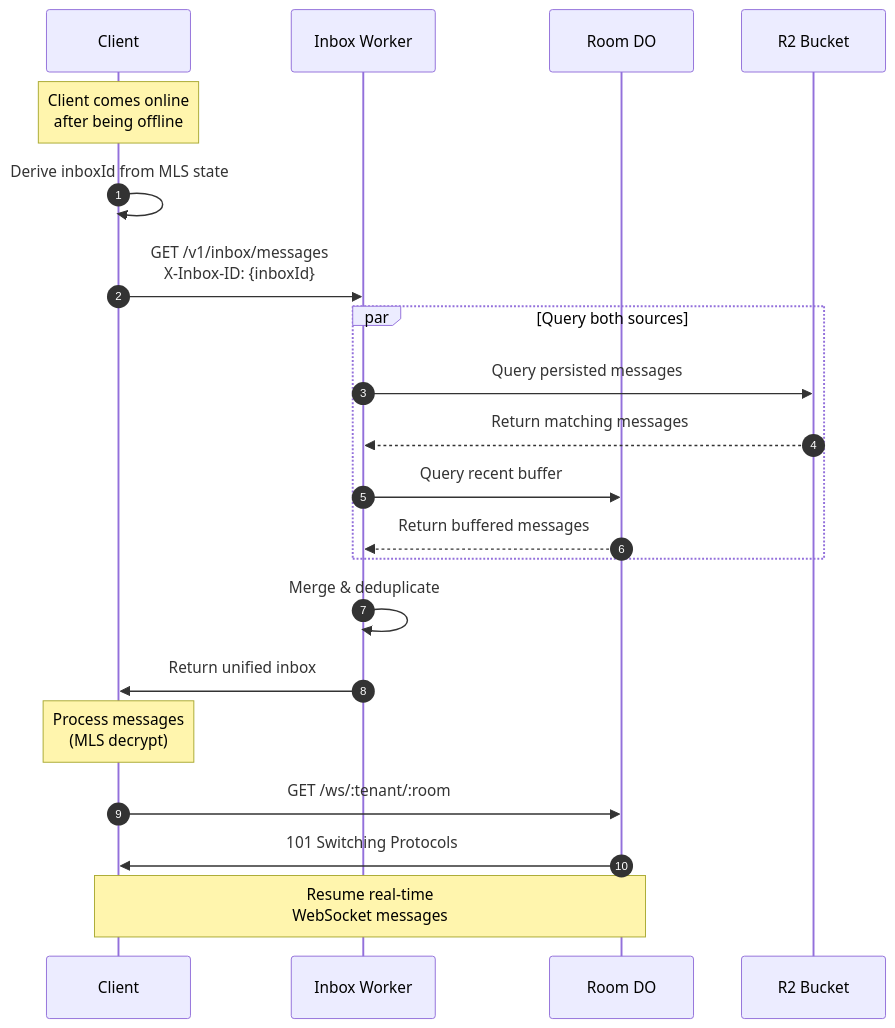
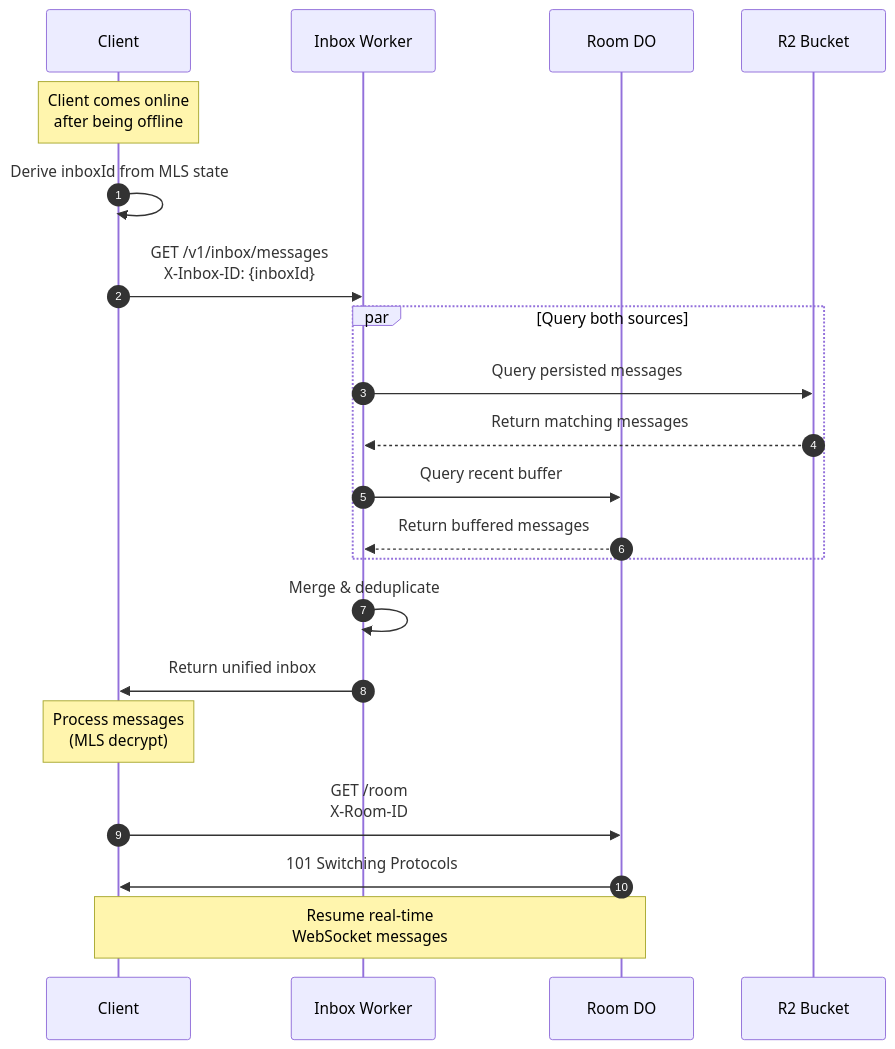
One commit to tunnl3d/design changed the fourth of 4 diagrams in infra-cf/data-plane.md. Above: the diagram before and after it, drawn with Mermaid. The commit also changed other lines of this file, not shown here.

````diff
--- a/infra-cf/data-plane.md
+++ b/infra-cf/data-plane.md
@@ -350,30 +378,30 @@
 ```mermaid
 sequenceDiagram
     autonumber
     participant C as Client
     participant IW as Inbox Worker
     participant DO as Room DO
     participant R2 as R2 Bucket
 
     Note over C: Client comes online<br/>after being offline
 
     C->>C: Derive inboxId from MLS state
     C->>IW: GET /v1/inbox/messages<br/>X-Inbox-ID: {inboxId}
     
     par Query both sources
         IW->>R2: Query persisted messages
         R2-->>IW: Return matching messages
         IW->>DO: Query recent buffer
         DO-->>IW: Return buffered messages
     end
     
     IW->>IW: Merge & deduplicate
     IW->>C: Return unified inbox
 
     Note over C: Process messages<br/>(MLS decrypt)
 
-    C->>DO: GET /ws/:tenant/:room
+    C->>DO: GET /room<br/>X-Room-ID
     DO->>C: 101 Switching Protocols
 
     Note over C,DO: Resume real-time<br/>WebSocket messages
 ```
````
